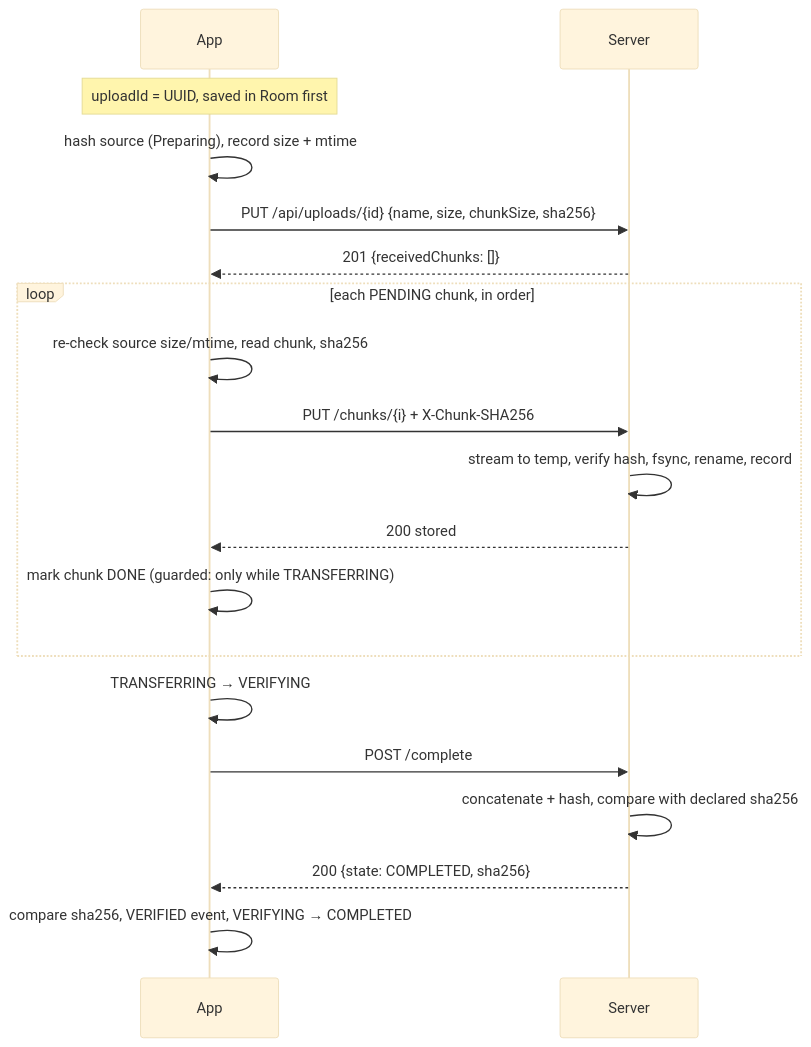
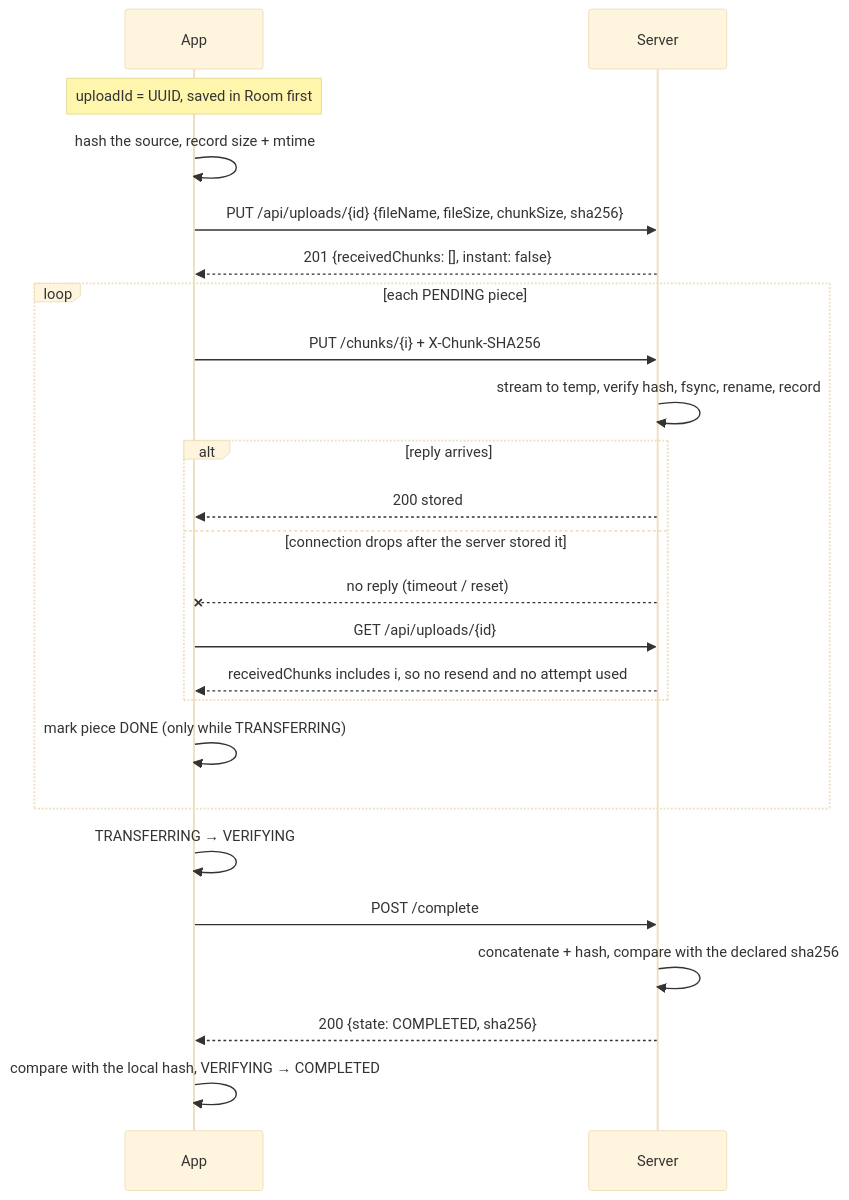
Before and after one commit to maanit-gupta/StableShare: the second of 2 diagrams in README.md, drawn with Mermaid (base theme). The commit also changed other lines of this file, not shown here.

````diff
--- a/README.md
+++ b/README.md
@@ -169,21 +132,26 @@
 ```mermaid
 sequenceDiagram
   participant A as App
   participant S as Server
   Note over A: uploadId = UUID, saved in Room first
-  A->>A: hash source (Preparing), record size + mtime
-  A->>S: PUT /api/uploads/{id} {name, size, chunkSize, sha256}
-  S-->>A: 201 {receivedChunks: []}
-  loop each PENDING chunk, in order
-    A->>A: re-check source size/mtime, read chunk, sha256
+  A->>A: hash the source, record size + mtime
+  A->>S: PUT /api/uploads/{id} {fileName, fileSize, chunkSize, sha256}
+  S-->>A: 201 {receivedChunks: [], instant: false}
+  loop each PENDING piece
     A->>S: PUT /chunks/{i} + X-Chunk-SHA256
     S->>S: stream to temp, verify hash, fsync, rename, record
-    S-->>A: 200 stored
-    A->>A: mark chunk DONE (guarded: only while TRANSFERRING)
+    alt reply arrives
+      S-->>A: 200 stored
+    else connection drops after the server stored it
+      S--xA: no reply (timeout / reset)
+      A->>S: GET /api/uploads/{id}
+      S-->>A: receivedChunks includes i, so no resend and no attempt used
+    end
+    A->>A: mark piece DONE (only while TRANSFERRING)
   end
   A->>A: TRANSFERRING → VERIFYING
   A->>S: POST /complete
-  S->>S: concatenate + hash, compare with declared sha256
+  S->>S: concatenate + hash, compare with the declared sha256
   S-->>A: 200 {state: COMPLETED, sha256}
-  A->>A: compare sha256, VERIFIED event, VERIFYING → COMPLETED
+  A->>A: compare with the local hash, VERIFYING → COMPLETED
 ```
````
